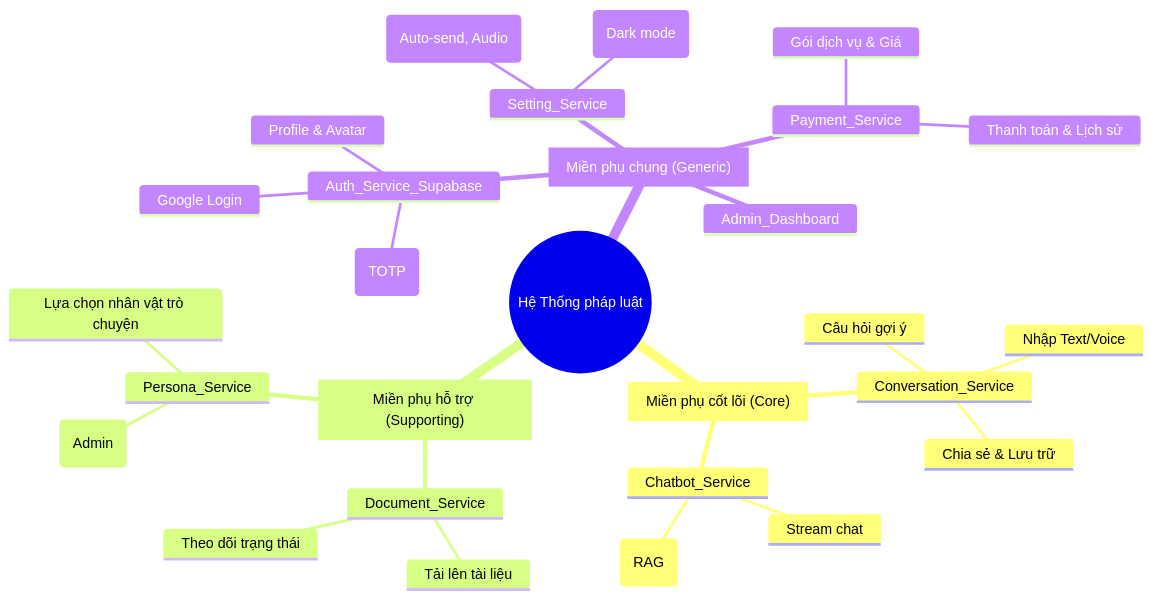
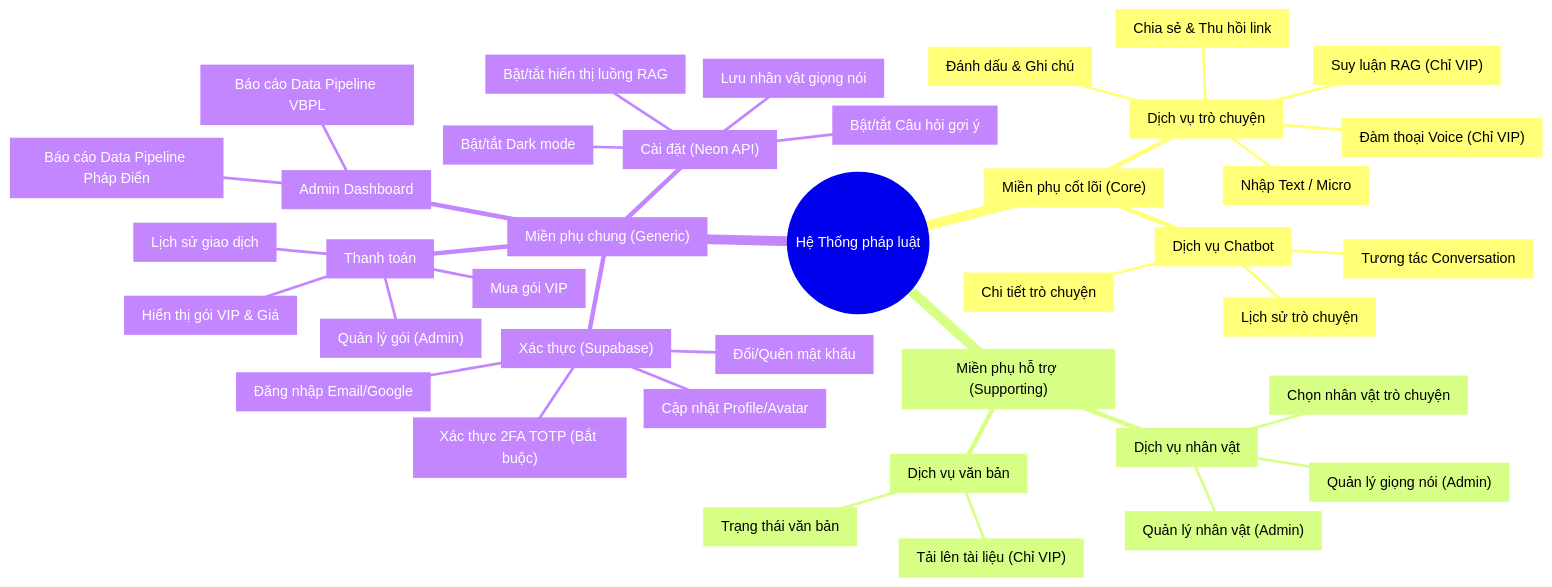
One commit to 20206205Tech/docs-markdown changed the diagram in docs/1. Tổng quan đề tài/1.3. Bài toán nghiệp vụ/SubDomain.mmd. Above: the diagram before and after it, drawn with Mermaid. The commit also changed 1 other file, not shown here.

```diff
--- a/docs/1. Tổng quan đề tài/1.3. Bài toán nghiệp vụ/SubDomain.mmd
+++ b/docs/1. Tổng quan đề tài/1.3. Bài toán nghiệp vụ/SubDomain.mmd
@@ -1,30 +1,40 @@
-
 mindmap
   root((Hệ Thống pháp luật))
-    Core_Subdomain["Miền phụ cốt lõi (Core)"]
-      Conversation_Service
-        Câu hỏi gợi ý
-        Nhập Text/Voice
-        Chia sẻ & Lưu trữ
-      Chatbot_Service
-        Stream chat
-        Tra cứu văn bản (RAG)
-    Supporting_Subdomain["Miền phụ hỗ trợ (Supporting)"]
-      Document_Service
-        Tải lên tài liệu
-        Theo dõi trạng thái
-      Persona_Service
-        Quản lý nhân vật (Admin)
-        Lựa chọn nhân vật trò chuyện
-    Generic_Subdomain["Miền phụ chung (Generic)"]
-      Auth_Service_Supabase
-        Google Login
-        Profile & Avatar
-        Xác thực 2FA (TOTP)
-      Setting_Service
-        Cấu hình UI (Dark mode)
-        Cấu hình Chat (Auto-send, Audio)
-      Payment_Service
-        Gói dịch vụ & Giá
-        Thanh toán & Lịch sử
-      Admin_Dashboard
+    Core["Miền phụ cốt lõi (Core)"]
+      Conversation["Dịch vụ trò chuyện"]
+        Text_Mic["Nhập Text / Micro"]
+        Voice["Đàm thoại Voice (Chỉ VIP)"]
+        RAG["Suy luận RAG (Chỉ VIP)"]
+        Bookmark["Đánh dấu & Ghi chú"]
+        Share["Chia sẻ & Thu hồi link"]
+      Chatbot["Dịch vụ Chatbot"]
+        Interact["Tương tác Conversation"]
+        History["Lịch sử trò chuyện"]
+        Details["Chi tiết trò chuyện"]
+    Supporting["Miền phụ hỗ trợ (Supporting)"]
+      Document["Dịch vụ văn bản"]
+        Upload["Tải lên tài liệu (Chỉ VIP)"]
+        Status["Trạng thái văn bản"]
+      Persona["Dịch vụ nhân vật"]
+        Select["Chọn nhân vật trò chuyện"]
+        Manage_P["Quản lý nhân vật (Admin)"]
+        Manage_V["Quản lý giọng nói (Admin)"]
+    Generic["Miền phụ chung (Generic)"]
+      Auth["Xác thực (Supabase)"]
+        Login["Đăng nhập Email/Google"]
+        Profile["Cập nhật Profile/Avatar"]
+        Password["Đổi/Quên mật khẩu"]
+        TOTP["Xác thực 2FA TOTP (Bắt buộc)"]
+      Setting["Cài đặt (Neon API)"]
+        Voice_Save["Lưu nhân vật giọng nói"]
+        DarkMode["Bật/tắt Dark mode"]
+        Suggest["Bật/tắt Câu hỏi gợi ý"]
+        RAG_View["Bật/tắt hiển thị luồng RAG"]
+      Payment["Thanh toán"]
+        View_Price["Hiển thị gói VIP & Giá"]
+        Buy_VIP["Mua gói VIP"]
+        Pay_History["Lịch sử giao dịch"]
+        Manage_Pkg["Quản lý gói (Admin)"]
+      Dashboard["Admin Dashboard"]
+        Pipeline_Doc["Báo cáo Data Pipeline VBPL"]
+        Pipeline_PD["Báo cáo Data Pipeline Pháp Điển"]
```
